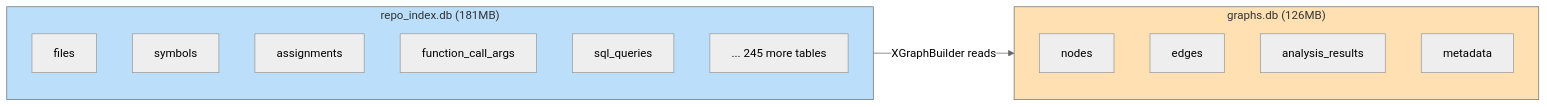
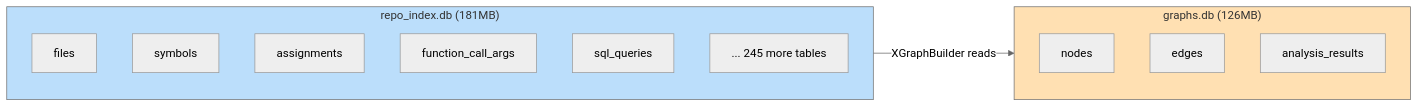
One commit to TheAuditorTool/Auditor changed the second of 19 diagrams in System_flows.md. Above: the diagram before and after it, drawn with Mermaid (neutral theme). The commit also changed other lines of this file and 5 other files, not shown here.

````diff
--- a/System_flows.md
+++ b/System_flows.md
@@ -76,25 +76,24 @@
 ```mermaid
 flowchart LR
     subgraph repo["repo_index.db (181MB)"]
         direction TB
         R1[files]
         R2[symbols]
         R3[assignments]
         R4[function_call_args]
         R5[sql_queries]
         R6["... 245 more tables"]
     end
 
     subgraph graphs["graphs.db (126MB)"]
         direction TB
         G1[nodes]
         G2[edges]
         G3[analysis_results]
-        G4[metadata]
     end
 
     repo -->|"XGraphBuilder reads"| graphs
 
     style repo fill:#bbdefb
     style graphs fill:#ffe0b2
 ```
````
